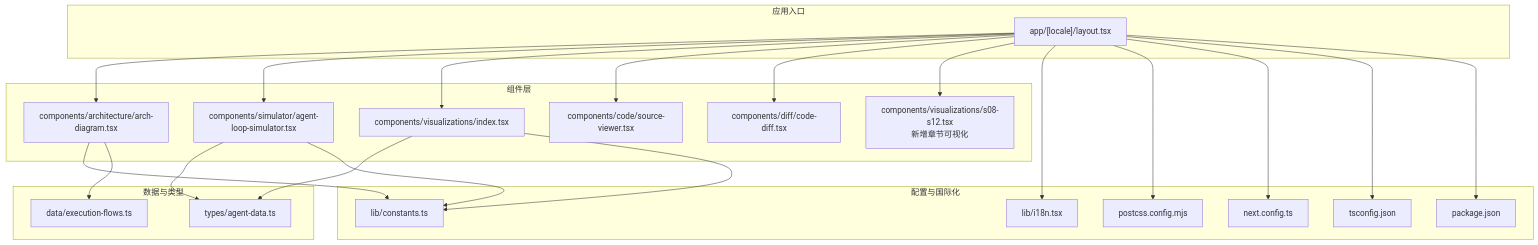
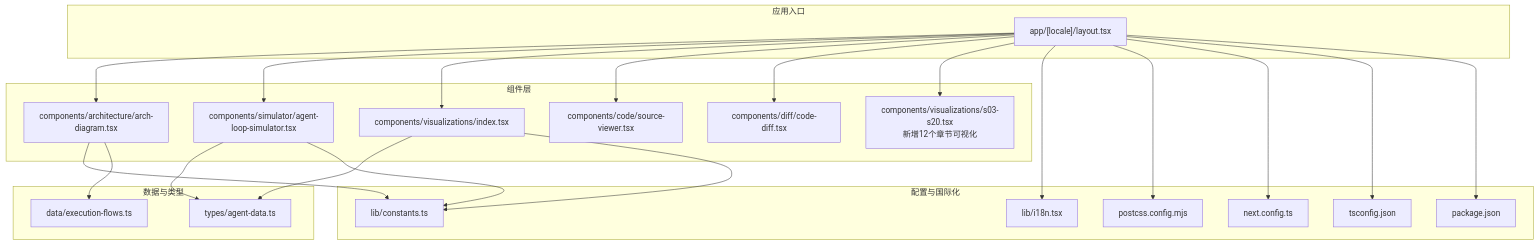
Before and after one commit to haolange/learn-claude-code: the first of 15 diagrams in .qoder/repowiki/zh/content/可视化学习平台/可视化学习平台.md, drawn with Mermaid. The commit also changed other lines of this file and 6 other files, not shown here.

````diff
--- a/.qoder/repowiki/zh/content/可视化学习平台/可视化学习平台.md
+++ b/.qoder/repowiki/zh/content/可视化学习平台/可视化学习平台.md
@@ -67,43 +72,43 @@
 ```mermaid
 graph TB
 subgraph "应用入口"
 A["app/[locale]/layout.tsx"]
 end
 subgraph "组件层"
 C1["components/architecture/arch-diagram.tsx"]
 C2["components/simulator/agent-loop-simulator.tsx"]
 C3["components/visualizations/index.tsx"]
 C4["components/code/source-viewer.tsx"]
 C5["components/diff/code-diff.tsx"]
-C6["components/visualizations/s08-s12.tsx<br/>新增章节可视化"]
+C6["components/visualizations/s03-s20.tsx<br/>新增12个章节可视化"]
 end
 subgraph "数据与类型"
 D1["data/execution-flows.ts"]
 D2["types/agent-data.ts"]
 end
 subgraph "配置与国际化"
 P1["package.json"]
 T1["tsconfig.json"]
 N1["next.config.ts"]
 U1["postcss.config.mjs"]
 L1["lib/constants.ts"]
 I1["lib/i18n.tsx"]
 end
 A --> C1
 A --> C2
 A --> C3
 A --> C4
 A --> C5
 A --> C6
 C2 --> D2
 C3 --> D2
 C1 --> L1
 C2 --> L1
 C3 --> L1
 C1 --> D1
 A --> I1
 A --> U1
 A --> N1
 A --> T1
 A --> P1
 ```
````
